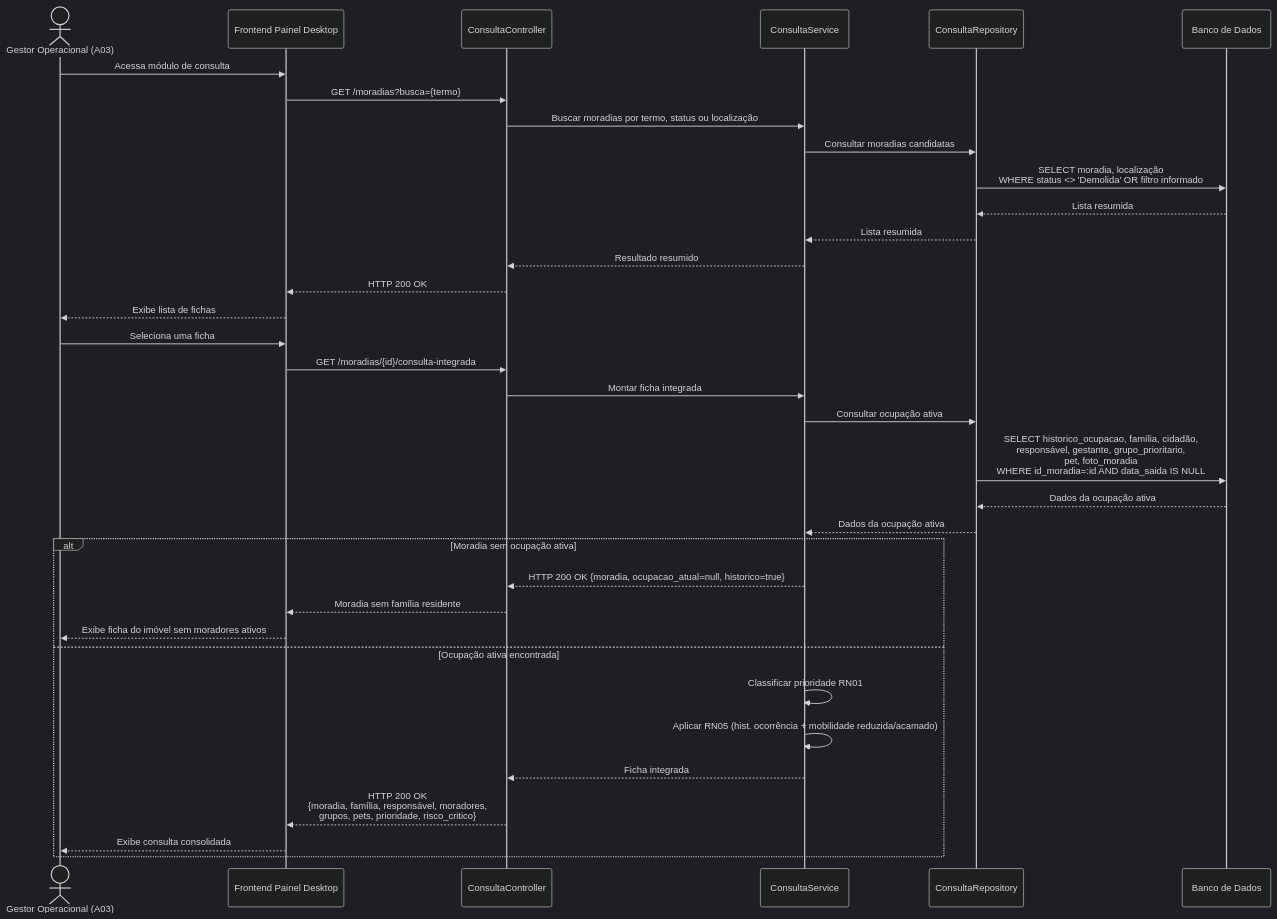
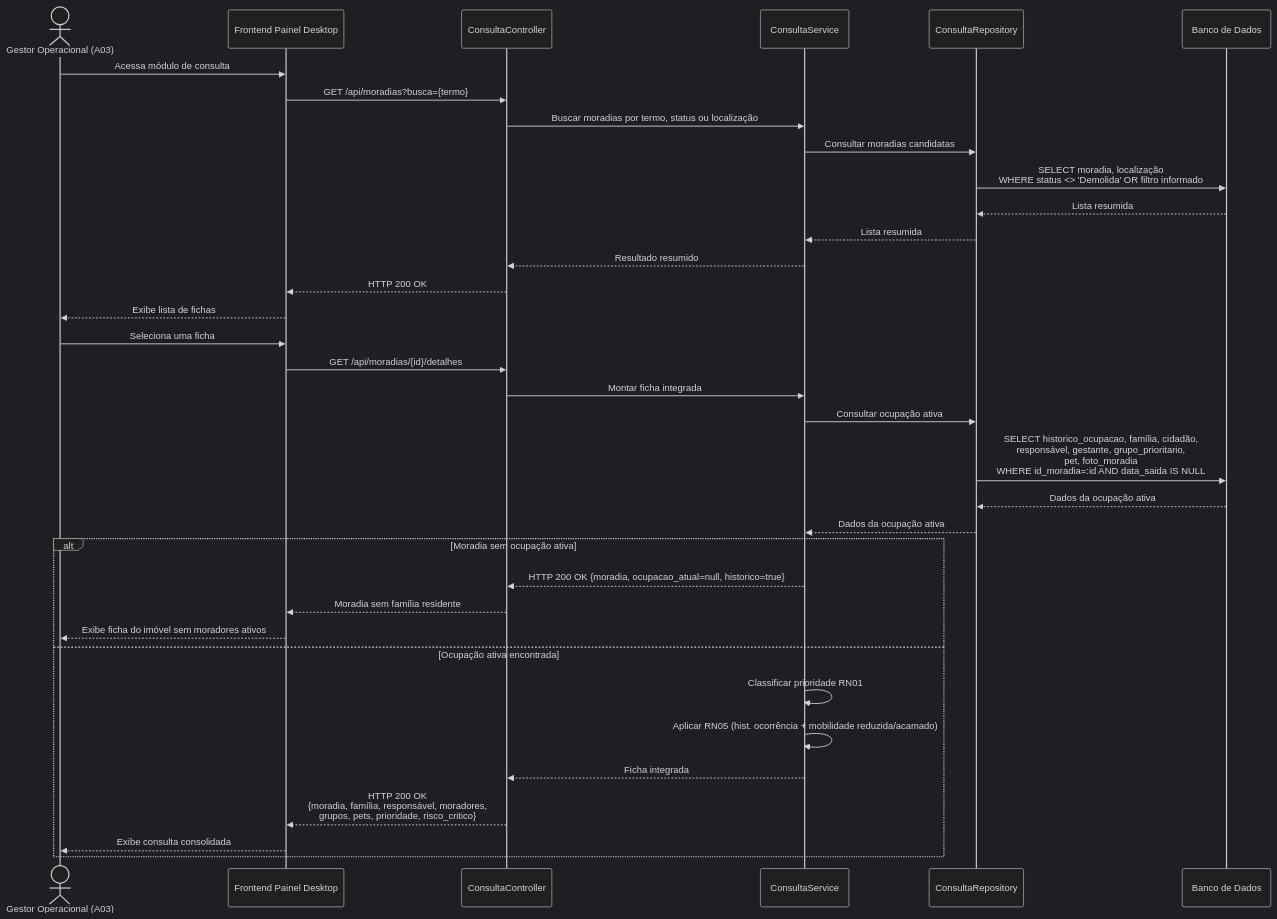
Before and after one commit to davitricarico-wq/g03: the third of 12 diagrams in documentos/wad.md, drawn with Mermaid (dark theme). The commit also changed other lines of this file, not shown here.

Commit message:
doc(diagrama-sequencia-3.2.4): atualização dos diagramas, alterando nomenclaturas de entidades, endpoints implementados. Deixando de acordo com escopo atual. [card#153]

````diff
--- a/documentos/wad.md
+++ b/documentos/wad.md
@@ -712,40 +701,40 @@
 ```mermaid
 sequenceDiagram
     actor Gestor as Gestor Operacional (A03)
     participant Frontend as Frontend Painel Desktop
     participant Controller as ConsultaController
     participant Service as ConsultaService
     participant Repository as ConsultaRepository
     participant DB as Banco de Dados
 
     Gestor->>Frontend: Acessa módulo de consulta
-    Frontend->>Controller: GET /moradias?busca={termo}
+    Frontend->>Controller: GET /api/moradias?busca={termo}
     Controller->>Service: Buscar moradias por termo, status ou localização
     Service->>Repository: Consultar moradias candidatas
     Repository->>DB: SELECT moradia, localização<br/>WHERE status <> 'Demolida' OR filtro informado
     DB-->>Repository: Lista resumida
     Repository-->>Service: Lista resumida
     Service-->>Controller: Resultado resumido
     Controller-->>Frontend: HTTP 200 OK
     Frontend-->>Gestor: Exibe lista de fichas
 
     Gestor->>Frontend: Seleciona uma ficha
-    Frontend->>Controller: GET /moradias/{id}/consulta-integrada
+    Frontend->>Controller: GET /api/moradias/{id}/detalhes
     Controller->>Service: Montar ficha integrada
     Service->>Repository: Consultar ocupação ativa
     Repository->>DB: SELECT historico_ocupacao, família, cidadão,<br/>responsável, gestante, grupo_prioritario,<br/>pet, foto_moradia<br/>WHERE id_moradia=:id AND data_saida IS NULL
     DB-->>Repository: Dados da ocupação ativa
     Repository-->>Service: Dados da ocupação ativa
 
     alt Moradia sem ocupação ativa
         Service-->>Controller: HTTP 200 OK {moradia, ocupacao_atual=null, historico=true}
         Controller-->>Frontend: Moradia sem família residente
         Frontend-->>Gestor: Exibe ficha do imóvel sem moradores ativos
     else Ocupação ativa encontrada
         Service->>Service: Classificar prioridade RN01
         Service->>Service: Aplicar RN05 (hist. ocorrência + mobilidade reduzida/acamado)
         Service-->>Controller: Ficha integrada
         Controller-->>Frontend: HTTP 200 OK<br/>{moradia, família, responsável, moradores,<br/>grupos, pets, prioridade, risco_critico}
         Frontend-->>Gestor: Exibe consulta consolidada
     end
 ```
````
